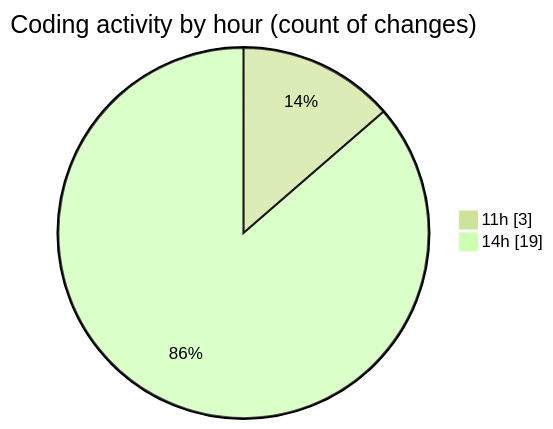
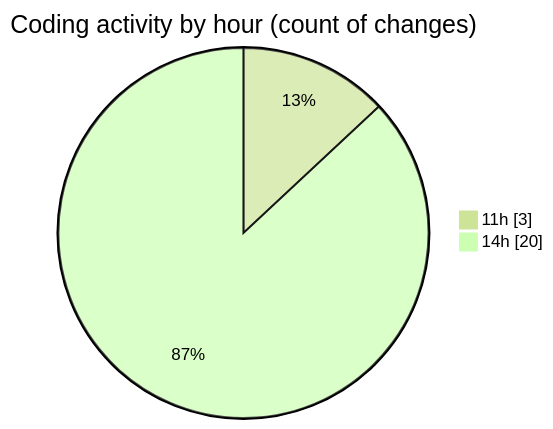
The second of 2 diagrams in 2025-04-30/masm-lsp/README.md (charlie-sans/code-tracking), drawn with Mermaid (forest theme) before and after one commit. The commit also changed other lines of this file and 1 other file, not shown here.

````diff
--- a/2025-04-30/masm-lsp/README.md
+++ b/2025-04-30/masm-lsp/README.md
@@ -31,6 +31,6 @@
 ```mermaid
 pie showData
 title Coding activity by hour (count of changes)
 "11h" : 3
-"14h" : 19
+"14h" : 20
 ```
````
